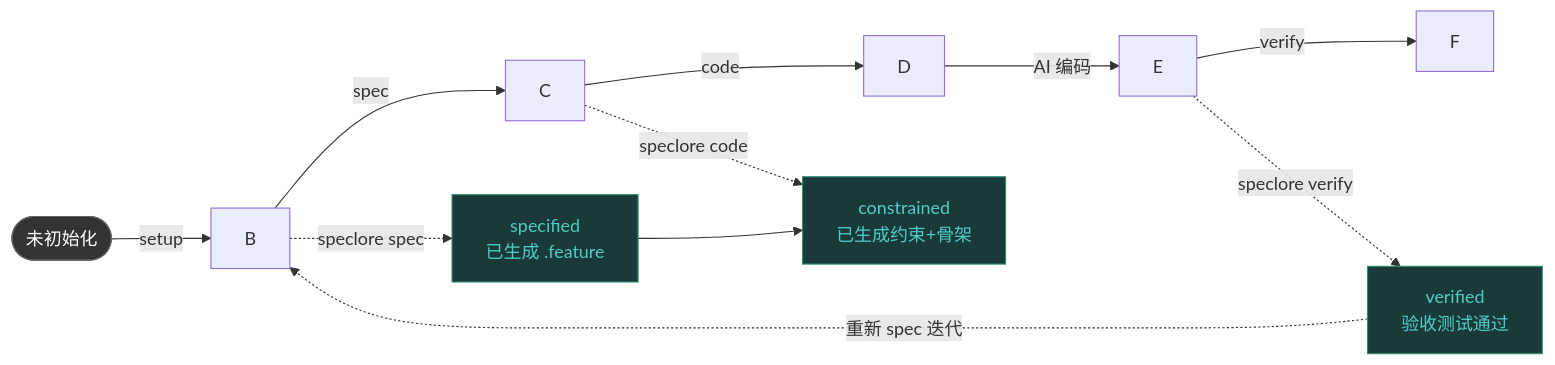
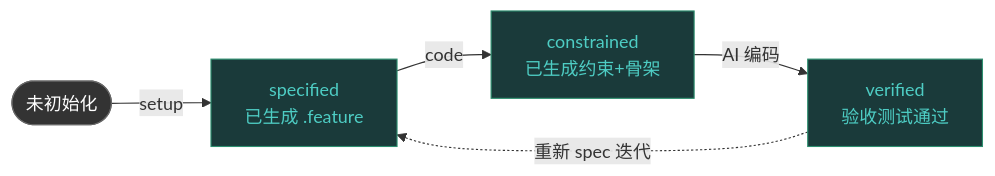
One commit to cheneyzhang93/speclore changed the diagram in docs/guide/workflow.md. Above: the diagram before and after it, drawn with Mermaid. The commit also changed 1 other file, not shown here.

Commit message:
fix: 简化 Mermaid 状态机图，去除无意义的中间节点
- 移除 B/C/D/E/F 空节点，只保留有含义的状态
- 动作标签直接标在箭头上（setup/code/AI 编码/重新 spec 迭代）
- 中英文 workflow.md 同步更新

````diff
--- a/docs/guide/workflow.md
+++ b/docs/guide/workflow.md
@@ -9,20 +9,12 @@
 ```mermaid
 flowchart LR
-    A(["未初始化"]) -->|setup| B
-    B -->|spec| C
-    C -->|code| D
-    D -->|"AI 编码"| E
-    E -->|verify| F
-
-    B -.->|"speclore spec"| G["specified<br/>已生成 .feature"]
-    C -.->|"speclore code"| H["constrained<br/>已生成约束+骨架"]
-    E -.->|"speclore verify"| I["verified<br/>验收测试通过"]
-
-    G --> H
-    I -.->|"重新 spec 迭代"| B
+    A(["未初始化"]) -->|setup| B["specified<br/>已生成 .feature"]
+    B -->|code| C["constrained<br/>已生成约束+骨架"]
+    C -->|"AI 编码"| D["verified<br/>验收测试通过"]
+    D -.->|"重新 spec 迭代"| B
 
     style A fill:#333,stroke:#666,color:#fff
-    style G fill:#1a3a3a,stroke:#2d8f6f,color:#4ecdc4
-    style H fill:#1a3a3a,stroke:#2d8f6f,color:#4ecdc4
-    style I fill:#1a3a3a,stroke:#2d8f6f,color:#4ecdc4
+    style B fill:#1a3a3a,stroke:#2d8f6f,color:#4ecdc4
+    style C fill:#1a3a3a,stroke:#2d8f6f,color:#4ecdc4
+    style D fill:#1a3a3a,stroke:#2d8f6f,color:#4ecdc4
 ```
````
